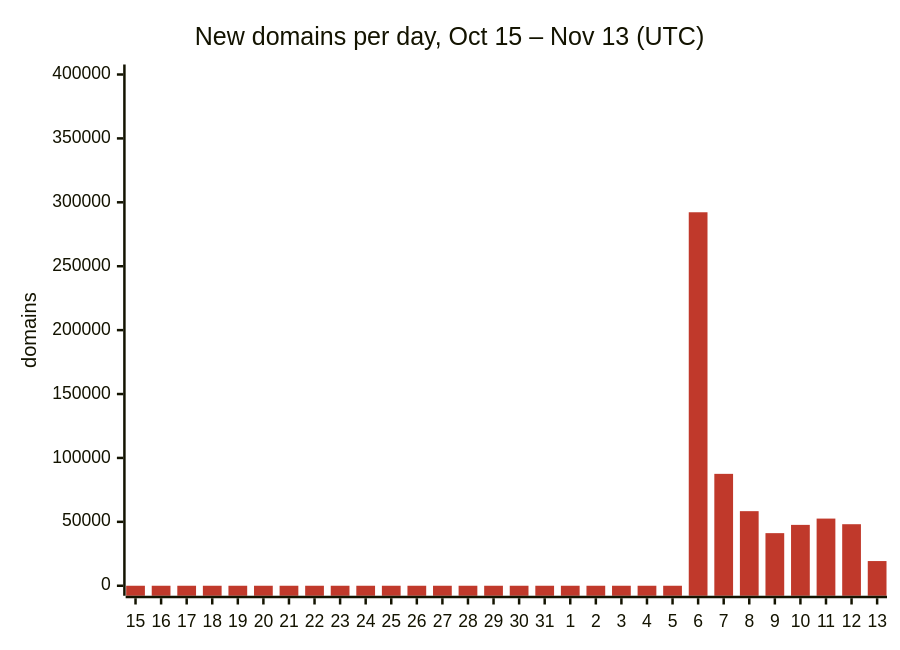
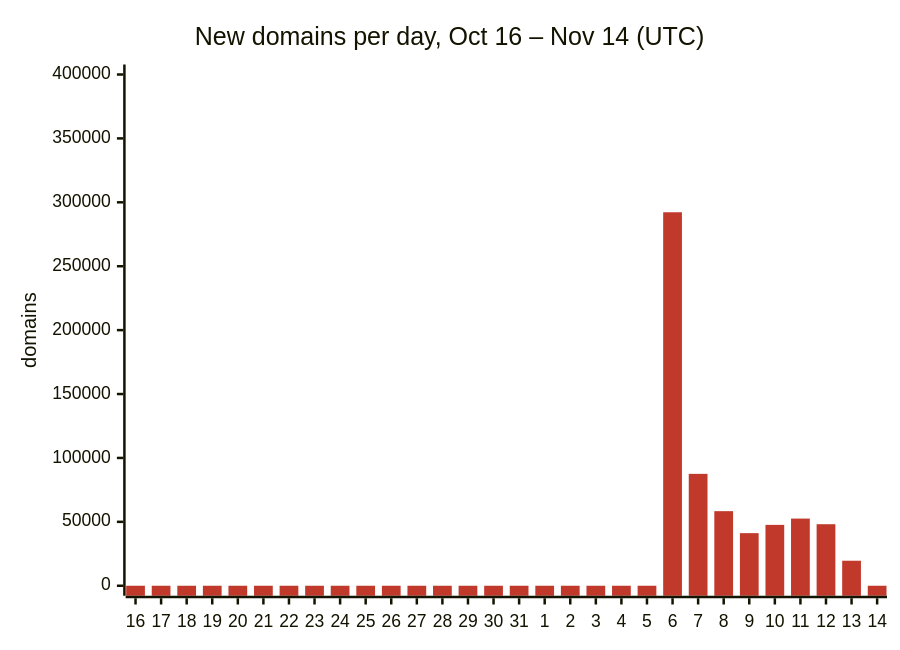
Before and after one commit to DNSBunker/CTI: the first of 3 diagrams in README.md, drawn with Mermaid. The commit also changed other lines of this file and 4 other files, not shown here.

First line of the commit message:
Update 2026-11-14 00:00 UTC: 334363 domains

````diff
--- a/README.md
+++ b/README.md
@@ -29,8 +29,8 @@
 ```mermaid
 %%{init: {"themeVariables": {"xyChart": {"plotColorPalette": "#c0392b"}}}}%%
 xychart-beta
-    title "New domains per day, Oct 15 – Nov 13 (UTC)"
-    x-axis ["15", "16", "17", "18", "19", "20", "21", "22", "23", "24", "25", "26", "27", "28", "29", "30", "31", "1", "2", "3", "4", "5", "6", "7", "8", "9", "10", "11", "12", "13"]
+    title "New domains per day, Oct 16 – Nov 14 (UTC)"
+    x-axis ["16", "17", "18", "19", "20", "21", "22", "23", "24", "25", "26", "27", "28", "29", "30", "31", "1", "2", "3", "4", "5", "6", "7", "8", "9", "10", "11", "12", "13", "14"]
     y-axis "domains" 0 --> 400000
-    bar [0, 0, 0, 0, 0, 0, 0, 0, 0, 0, 0, 0, 0, 0, 0, 0, 0, 0, 0, 0, 0, 0, 292213, 87546, 58360, 41156, 47623, 52549, 48149, 19323]
+    bar [0, 0, 0, 0, 0, 0, 0, 0, 0, 0, 0, 0, 0, 0, 0, 0, 0, 0, 0, 0, 0, 292213, 87546, 58360, 41156, 47623, 52549, 48149, 19581, 2]
 ```
````
